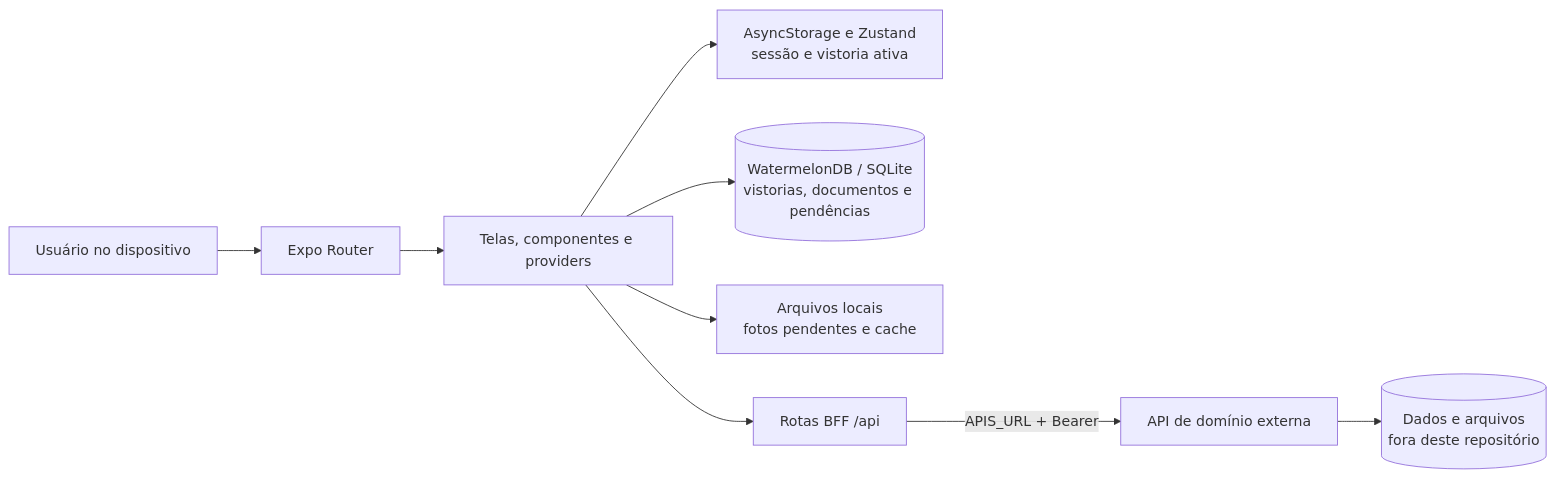
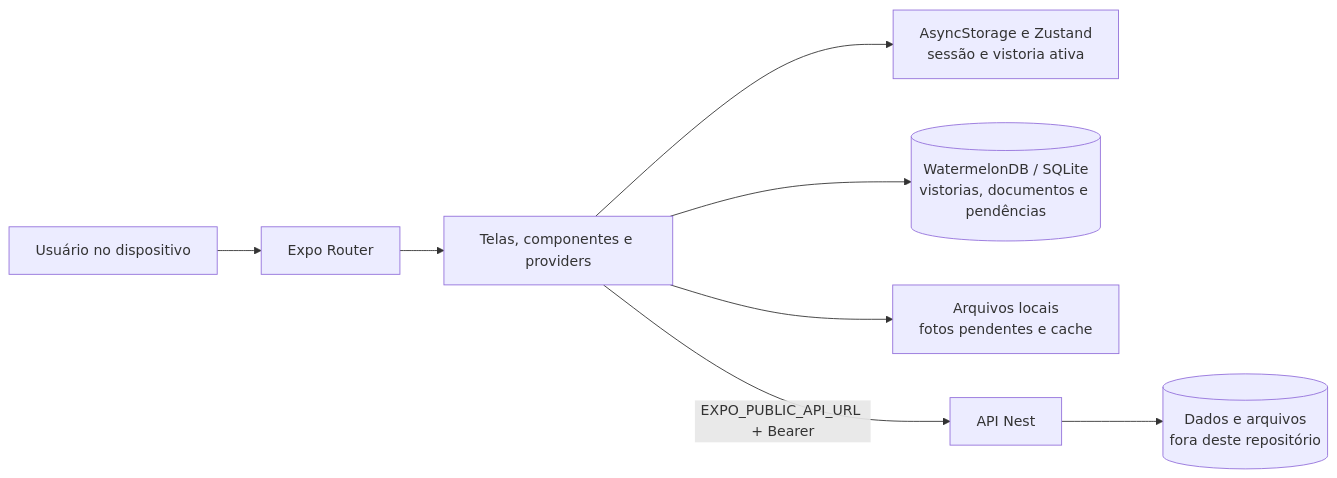
The diagram in vistoria-mobile/README.md (JoaoGW/Servico-Vistoria), drawn with Mermaid before and after one commit. The commit also changed other lines of this file and 16 other files, not shown here.

````diff
--- a/vistoria-mobile/README.md
+++ b/vistoria-mobile/README.md
@@ -43,11 +42,10 @@
 ```mermaid
 flowchart LR
     U[Usuário no dispositivo] --> R[Expo Router]
     R --> P[Telas, componentes e providers]
     P --> S[AsyncStorage e Zustand\nsessão e vistoria ativa]
     P --> L[(WatermelonDB / SQLite\nvistorias, documentos e pendências)]
     P --> F[Arquivos locais\nfotos pendentes e cache]
-    P --> B[Rotas BFF /api]
-    B -->|APIS_URL + Bearer| A[API de domínio externa]
+    P -->|EXPO_PUBLIC_API_URL + Bearer| A[API Nest]
     A --> D[(Dados e arquivos\nfora deste repositório)]
 ```
````
